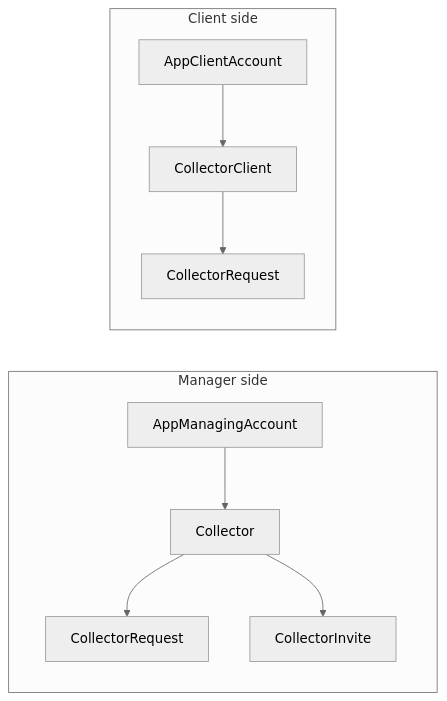
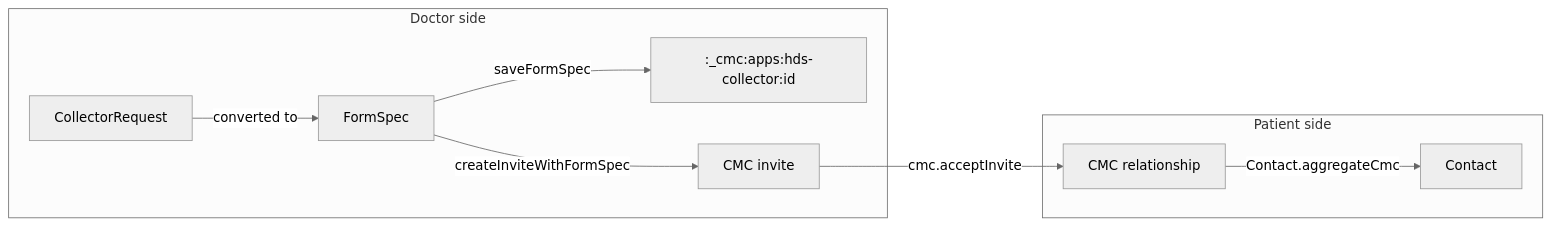
One commit to healthdatasafe/hds-lib-js changed the second of 2 diagrams in docs/index.md. Above: the diagram before and after it, drawn with Mermaid (neutral theme). The commit also changed other lines of this file and 15 other files, not shown here.

Commit message:
AppTemplates nits: string localizableText, boolean features.chat, forItemKeys no longer mutates preRequest, repeatable grammar in schema, docs rewritten for the CMC API (B-2026-10-05-11) (2.14.0)

````diff
--- a/docs/index.md
+++ b/docs/index.md
@@ -103,13 +103,13 @@
 ```mermaid
 graph LR
-    subgraph "Manager side"
-        AppManaging[AppManagingAccount] --> Collector
-        Collector --> CollectorRequest
-        Collector --> CollectorInvite
+    subgraph "Doctor side"
+        CollectorRequest -->|converted to| FormSpec
+        FormSpec -->|saveFormSpec| ScopeStream[":_cmc:apps:hds-collector:id"]
+        FormSpec -->|createInviteWithFormSpec| Invite[CMC invite]
     end
 
-    subgraph "Client side"
-        AppClient[AppClientAccount] --> CollectorClient
-        CollectorClient --> CollectorRequest2[CollectorRequest]
+    subgraph "Patient side"
+        Invite -->|cmc.acceptInvite| Relationship[CMC relationship]
+        Relationship -->|Contact.aggregateCmc| Contact
     end
 ```
````
